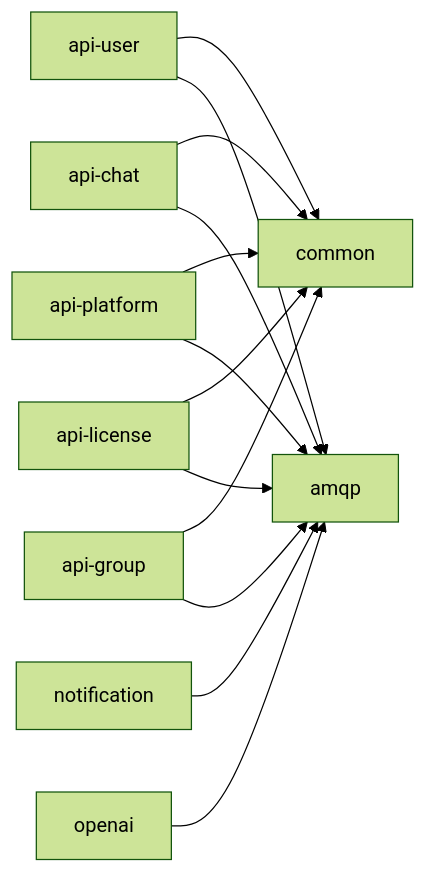
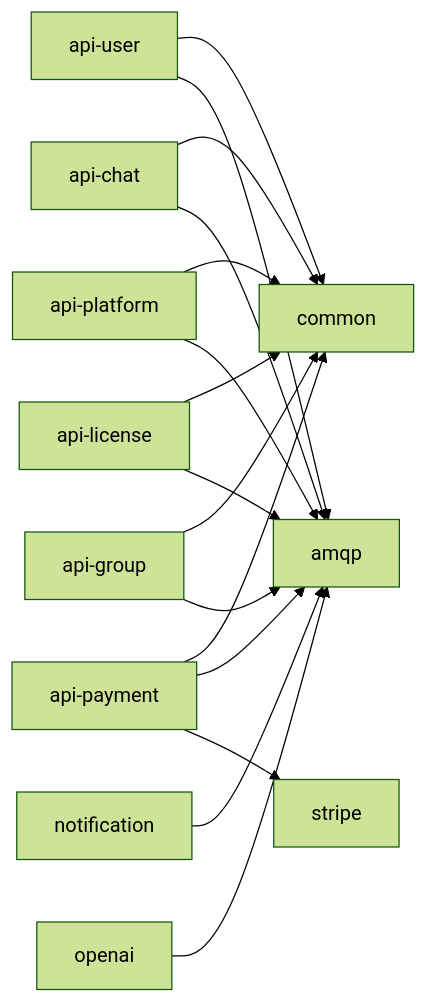
The third of 6 diagrams in README.md (dragos-galeteanu/trip-huddle-backend), drawn with Mermaid (forest theme) before and after one commit. The commit also changed other lines of this file and 178 other files, not shown here.

````diff
--- a/README.md
+++ b/README.md
@@ -100,15 +110,18 @@
 ```mermaid
 flowchart LR
     U[api-user] --> CM[common]
     P[api-platform] --> CM
     G[api-group] --> CM
     CH[api-chat] --> CM
     CH --> A
     L[api-license] --> CM
     L --> A
+    PA[api-payment] --> CM
+    PA --> A
+    PA --> S[stripe]
     U --> A[amqp]
     P --> A
     G --> A
     N[notification] --> A
     O[openai] --> A
 ```
````
